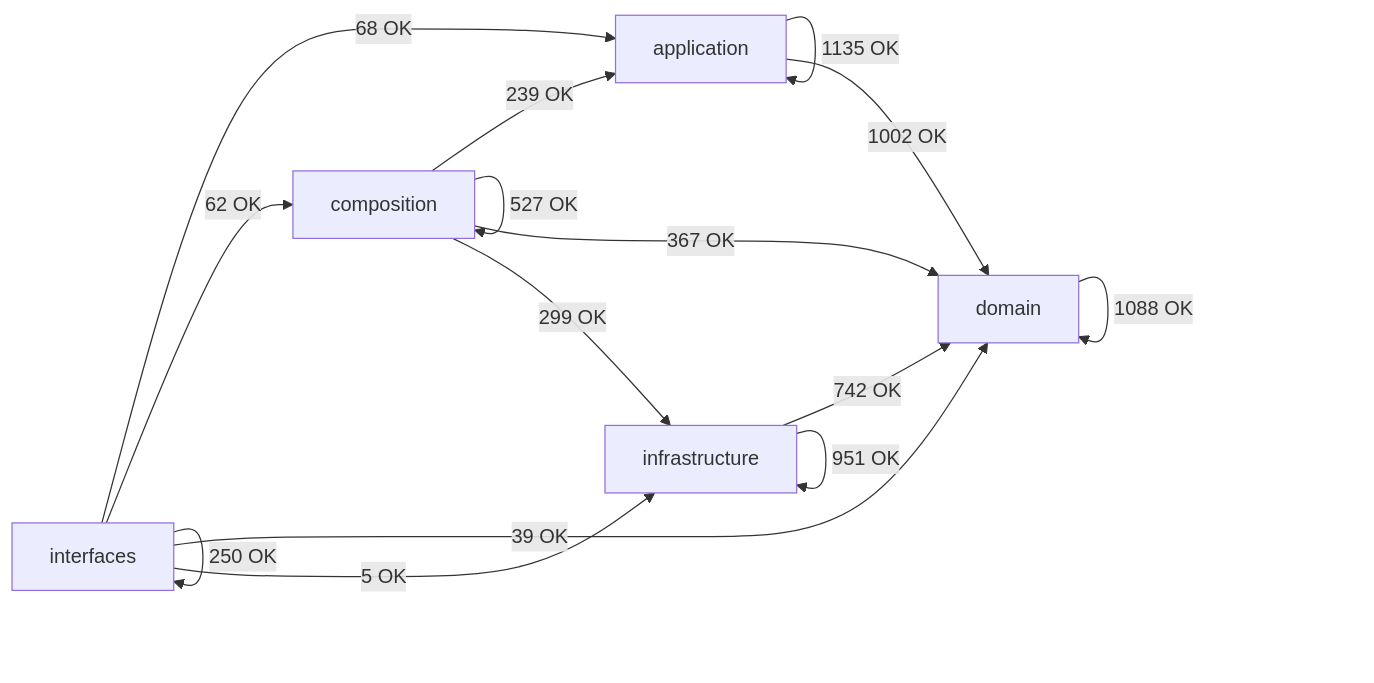
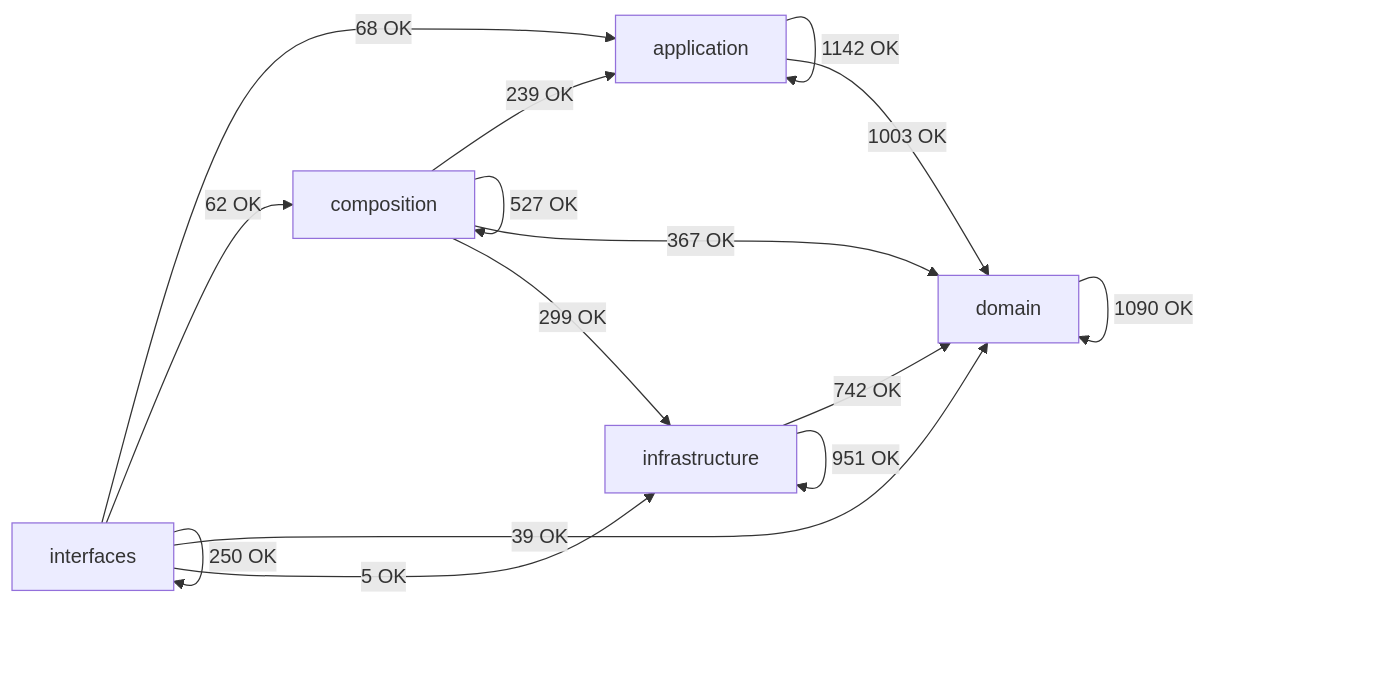
The diagram in docs/02-architecture/generated/module-dependency-map.md (SatoryKono/BioactivityDataAcquisition), drawn with Mermaid before and after one commit. The commit also changed other lines of this file and 35 other files, not shown here.

````diff
--- a/docs/02-architecture/generated/module-dependency-map.md
+++ b/docs/02-architecture/generated/module-dependency-map.md
@@ -17,22 +17,22 @@
 ```mermaid
 flowchart LR
     domain[domain]
     application[application]
     infrastructure[infrastructure]
     composition[composition]
     interfaces[interfaces]
-    application -->|1135 OK| application
-    application -->|1002 OK| domain
+    application -->|1142 OK| application
+    application -->|1003 OK| domain
     composition -->|239 OK| application
     composition -->|527 OK| composition
     composition -->|367 OK| domain
     composition -->|299 OK| infrastructure
-    domain -->|1088 OK| domain
+    domain -->|1090 OK| domain
     infrastructure -->|742 OK| domain
     infrastructure -->|951 OK| infrastructure
     interfaces -->|68 OK| application
     interfaces -->|62 OK| composition
     interfaces -->|39 OK| domain
     interfaces -->|5 OK| infrastructure
     interfaces -->|250 OK| interfaces
 ```
````
